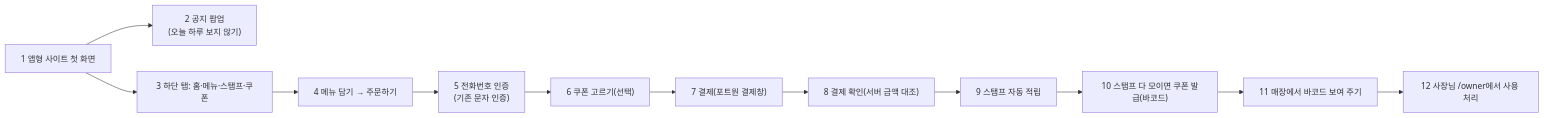
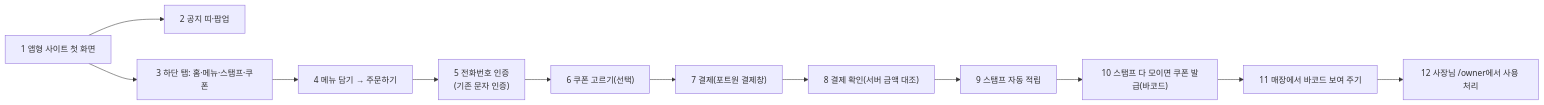
Before and after one commit to kyungsikjeung/agt001: the diagram in docs/product/APP_COMMERCE_PLAN.md, drawn with Mermaid. The commit also changed other lines of this file and 19 other files, not shown here.

````diff
--- a/docs/product/APP_COMMERCE_PLAN.md
+++ b/docs/product/APP_COMMERCE_PLAN.md
@@ -16,14 +16,14 @@
 ```mermaid
 flowchart LR
-    A["1 앱형 사이트 첫 화면"] --> B["2 공지 팝업<br/>(오늘 하루 보지 않기)"]
+    A["1 앱형 사이트 첫 화면"] --> B["2 공지 띠·팝업"]
     A --> C["3 하단 탭: 홈·메뉴·스탬프·쿠폰"]
     C --> D["4 메뉴 담기 → 주문하기"]
     D --> E["5 전화번호 인증<br/>(기존 문자 인증)"]
     E --> F["6 쿠폰 고르기(선택)"]
     F --> G["7 결제(포트원 결제창)"]
     G --> H["8 결제 확인(서버 금액 대조)"]
     H --> I["9 스탬프 자동 적립"]
     I --> J["10 스탬프 다 모이면 쿠폰 발급(바코드)"]
     J --> K["11 매장에서 바코드 보여 주기"]
     K --> L["12 사장님 /owner에서 사용 처리"]
 ```
````
